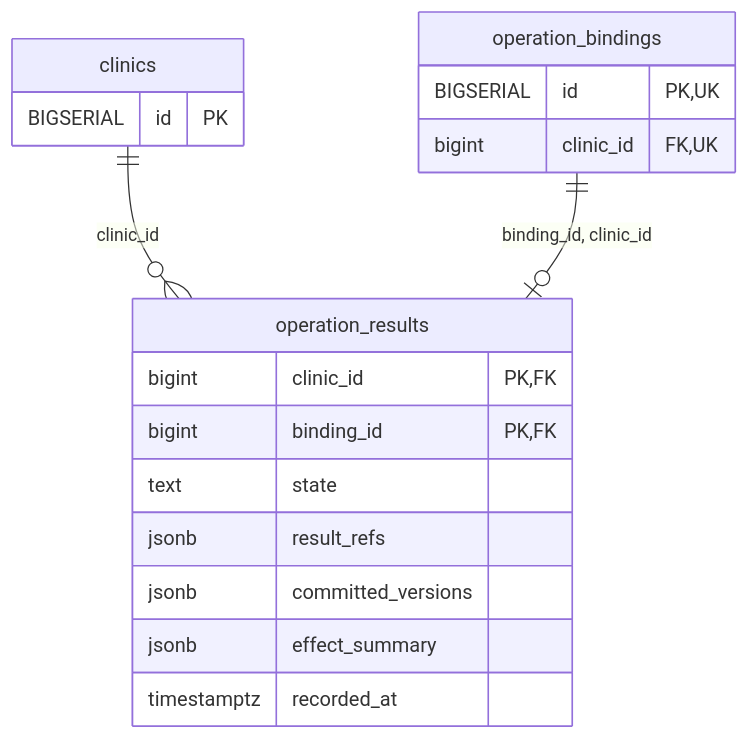
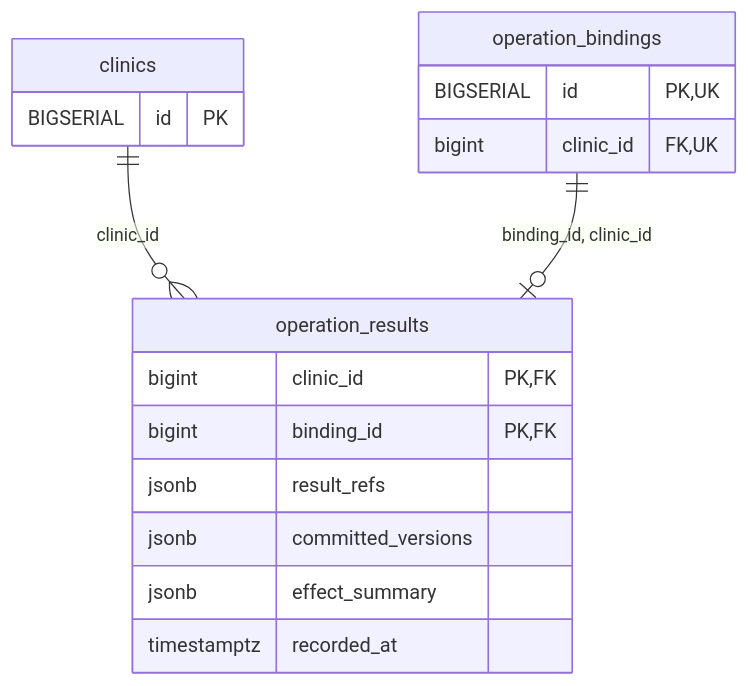
The diagram in docs/architecture/erd-detail/operation_results.md (MinoruSoga/AnimalEkarte), drawn with Mermaid before and after one commit. The commit also changed other lines of this file and 147 other files, not shown here.

````diff
--- a/docs/architecture/erd-detail/operation_results.md
+++ b/docs/architecture/erd-detail/operation_results.md
@@ -30,21 +29,20 @@
 ```mermaid
 erDiagram
     operation_results {
         bigint clinic_id PK,FK
         bigint binding_id PK,FK
-        text state
         jsonb result_refs
         jsonb committed_versions
         jsonb effect_summary
         timestamptz recorded_at
     }
     clinics {
         BIGSERIAL id PK
     }
     operation_bindings {
         BIGSERIAL id PK,UK
         bigint clinic_id FK,UK
     }
     clinics ||--o{ operation_results : "clinic_id"
     operation_bindings ||--o| operation_results : "binding_id, clinic_id"
 ```
````
